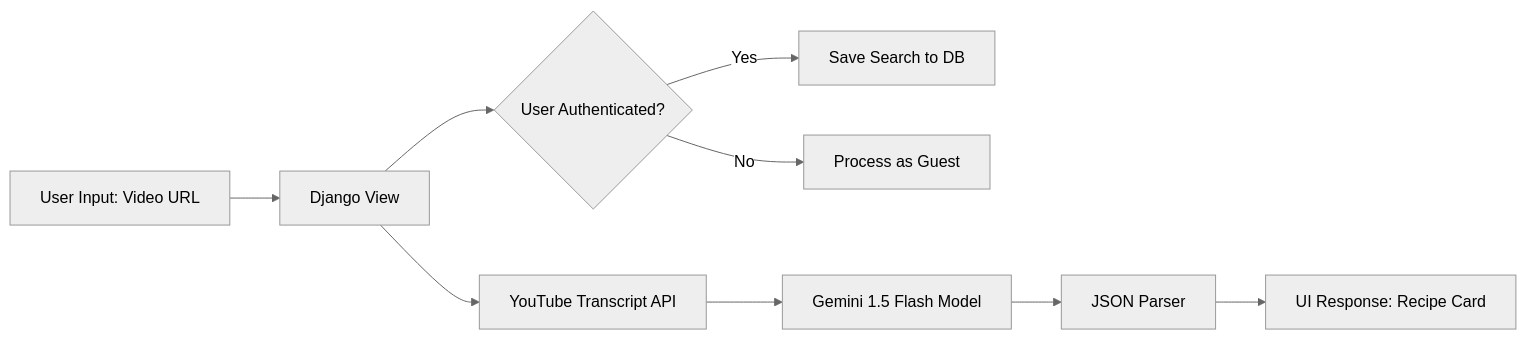
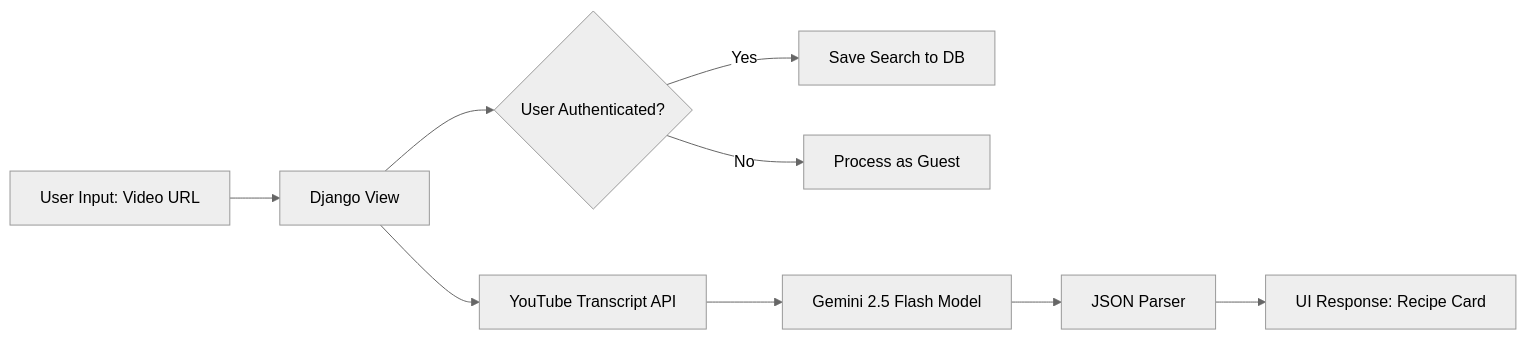
One commit to Shubham-Mandal-sudo/ReelToMeal changed the diagram in README.md. Above: the diagram before and after it, drawn with Mermaid (neutral theme). The commit also changed 10 other files, not shown here.

````diff
--- a/README.md
+++ b/README.md
@@ -34,11 +34,11 @@
 ```mermaid
 graph LR
 A[User Input: Video URL] --> B[Django View]
 B --> C{User Authenticated?}
 C -- Yes --> D[Save Search to DB]
 C -- No --> E[Process as Guest]
 B --> F[YouTube Transcript API]
-F --> G[Gemini 1.5 Flash Model]
+F --> G[Gemini 2.5 Flash Model]
 G --> H[JSON Parser]
 H --> I[UI Response: Recipe Card]
 ```
````
